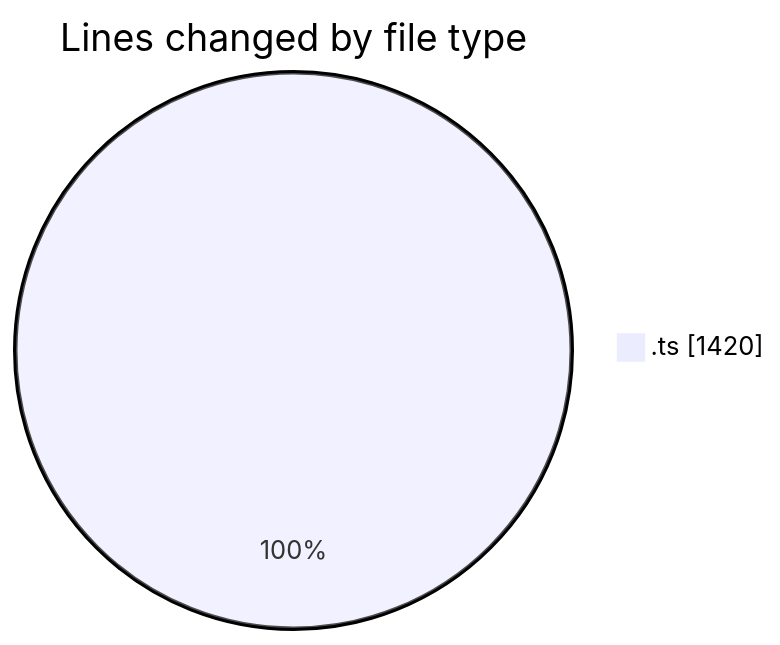
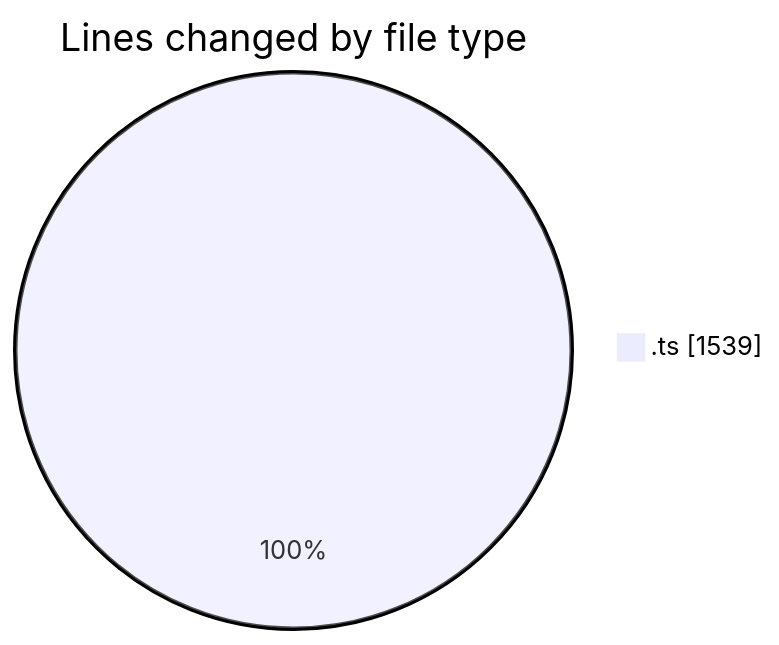
One commit to tmsrecording-cyber/code-tracking changed the first of 2 diagrams in 2026-02-09/singularitybrainai/README.md. Above: the diagram before and after it, drawn with Mermaid. The commit also changed other lines of this file and 1 other file, not shown here.

````diff
--- a/2026-02-09/singularitybrainai/README.md
+++ b/2026-02-09/singularitybrainai/README.md
@@ -26,5 +26,5 @@
 ```mermaid
 pie showData
 title Lines changed by file type
-".ts" : 1420
+".ts" : 1539
 ```
````
